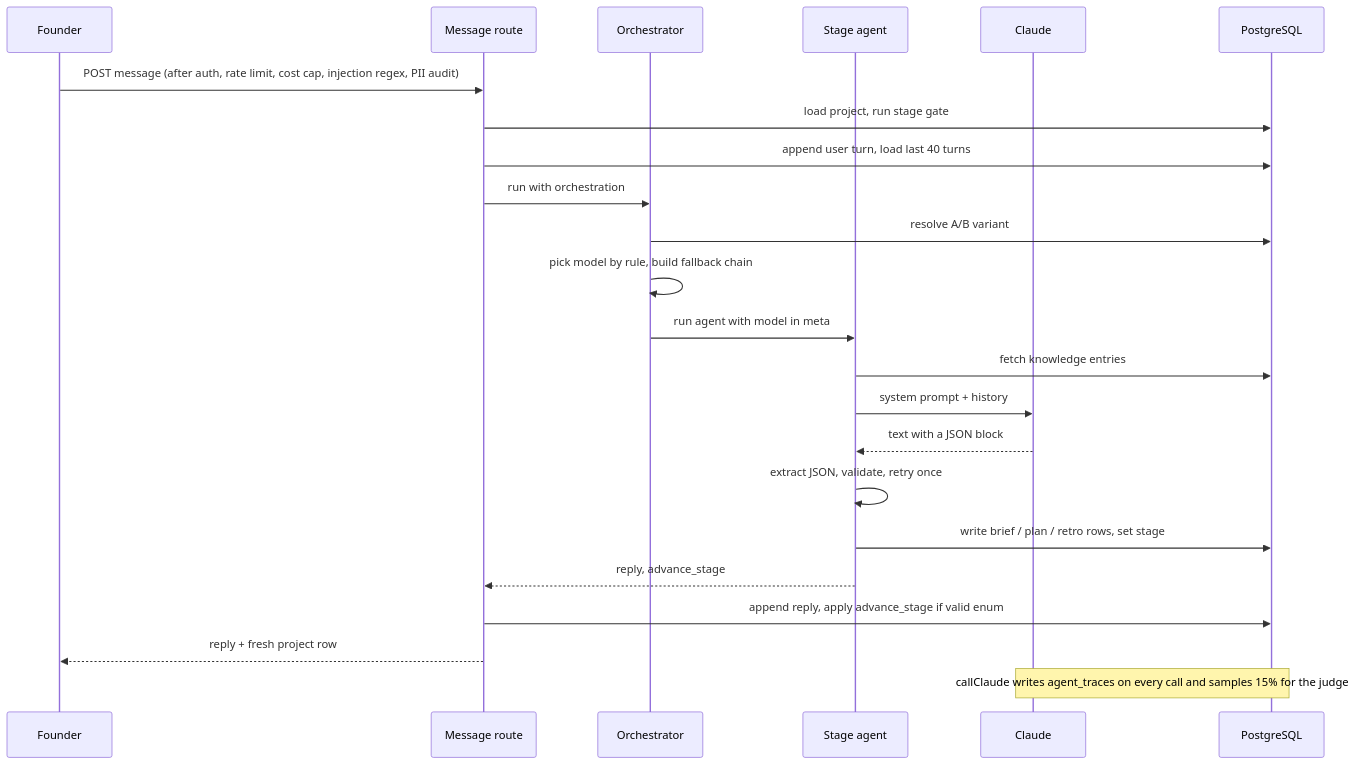
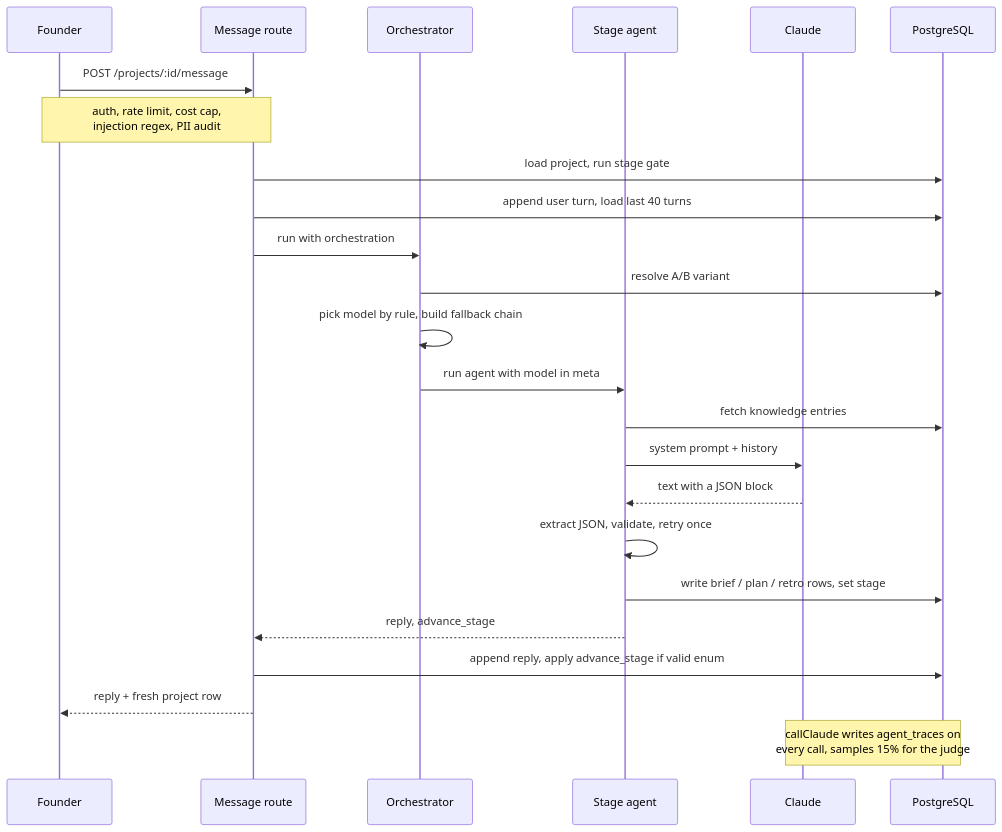
One commit to chintan-dshel/aible changed the third of 5 diagrams in docs/teardowns/projectos.md. Above: the diagram before and after it, drawn with Mermaid. The commit also changed other lines of this file and 12 other files, not shown here.

First line of the commit message:
Restructure per pedagogy review; fix root-cause CSS/Mermaid presentation bugs

````diff
--- a/docs/teardowns/projectos.md
+++ b/docs/teardowns/projectos.md
@@ -96,25 +112,33 @@
 ```mermaid
+---
+config:
+  themeVariables:
+    fontSize: 16px
+---
 sequenceDiagram
+  accTitle: ProjectOS message sequence
+  accDescr: A founder message passes middleware, loads the project, runs the stage gate, and goes through the orchestrator to the stage agent, which fetches knowledge, calls Claude, validates the JSON reply, writes rows, and reports back. Every call writes a trace and samples the judge.
   participant F as Founder
   participant R as Message route
   participant O as Orchestrator
   participant A as Stage agent
   participant C as Claude
   participant D as PostgreSQL
-  F->>R: POST message (after auth, rate limit, cost cap, injection regex, PII audit)
+  F->>R: POST /projects/:id/message
+  Note over F,R: auth, rate limit, cost cap,<br/>injection regex, PII audit
   R->>D: load project, run stage gate
   R->>D: append user turn, load last 40 turns
   R->>O: run with orchestration
   O->>D: resolve A/B variant
   O->>O: pick model by rule, build fallback chain
   O->>A: run agent with model in meta
   A->>D: fetch knowledge entries
   A->>C: system prompt + history
   C-->>A: text with a JSON block
   A->>A: extract JSON, validate, retry once
   A->>D: write brief / plan / retro rows, set stage
   A-->>R: reply, advance_stage
   R->>D: append reply, apply advance_stage if valid enum
   R-->>F: reply + fresh project row
-  Note over C,D: callClaude writes agent_traces on every call and samples 15% for the judge
+  Note over C,D: callClaude writes agent_traces on<br/>every call, samples 15% for the judge
 ```
````
